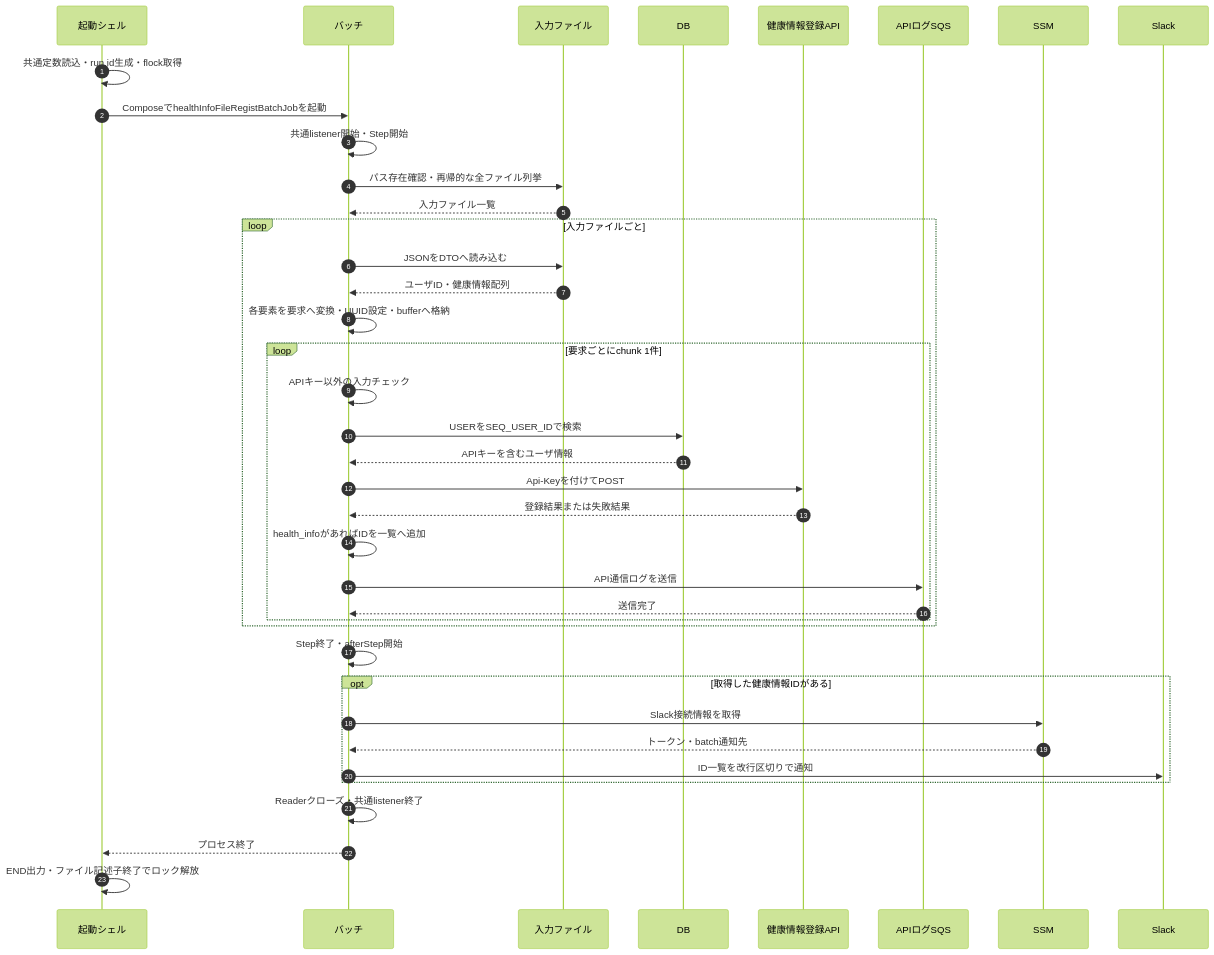
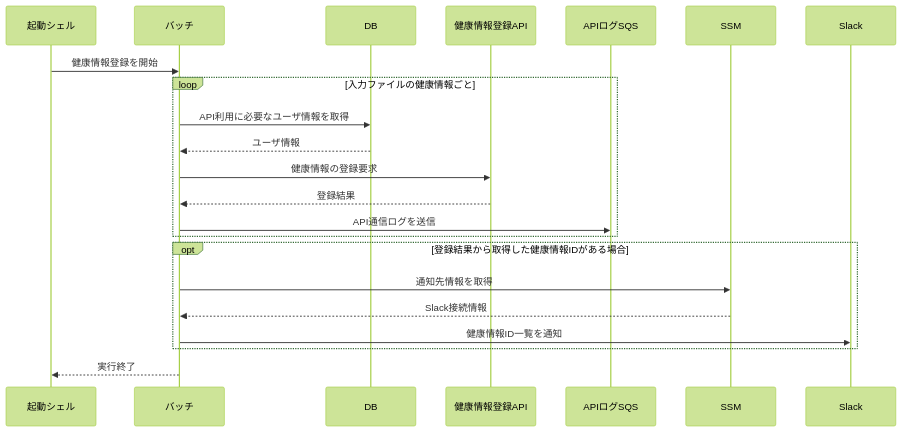
One commit to kohei-okazaki/work-3g changed the first of 2 diagrams in ha-docs/design/03_batch/設計書_3.0.健康情報登録バッチ.md. Above: the diagram before and after it, drawn with Mermaid (forest theme). The commit also changed other lines of this file and 67 other files, not shown here.

````diff
--- a/ha-docs/design/03_batch/設計書_3.0.健康情報登録バッチ.md
+++ b/ha-docs/design/03_batch/設計書_3.0.健康情報登録バッチ.md
@@ -49,41 +12,24 @@
 ```mermaid
 sequenceDiagram
-    autonumber
     participant S as 起動シェル
     participant B as バッチ
-    participant F as 入力ファイル
     participant D as DB
     participant A as 健康情報登録API
     participant Q as APIログSQS
     participant P as SSM
     participant N as Slack
-    S->>S: 共通定数読込・run.id生成・flock取得
-    S->>B: ComposeでhealthInfoFileRegistBatchJobを起動
-    B->>B: 共通listener開始・Step開始
-    B->>F: パス存在確認・再帰的な全ファイル列挙
-    F-->>B: 入力ファイル一覧
-    loop 入力ファイルごと
-        B->>F: JSONをDTOへ読み込む
-        F-->>B: ユーザID・健康情報配列
-        B->>B: 各要素を要求へ変換・UUID設定・bufferへ格納
-        loop 要求ごとにchunk 1件
-            B->>B: APIキー以外の入力チェック
-            B->>D: USERをSEQ_USER_IDで検索
-            D-->>B: APIキーを含むユーザ情報
-            B->>A: Api-Keyを付けてPOST
-            A-->>B: 登録結果または失敗結果
-            B->>B: health_infoがあればIDを一覧へ追加
-            B->>Q: API通信ログを送信
-            Q-->>B: 送信完了
-        end
+    S->>B: 健康情報登録を開始
+    loop 入力ファイルの健康情報ごと
+        B->>D: API利用に必要なユーザ情報を取得
+        D-->>B: ユーザ情報
+        B->>A: 健康情報の登録要求
+        A-->>B: 登録結果
+        B->>Q: API通信ログを送信
     end
-    B->>B: Step終了・afterStep開始
-    opt 取得した健康情報IDがある
-        B->>P: Slack接続情報を取得
-        P-->>B: トークン・batch通知先
-        B->>N: ID一覧を改行区切りで通知
+    opt 登録結果から取得した健康情報IDがある場合
+        B->>P: 通知先情報を取得
+        P-->>B: Slack接続情報
+        B->>N: 健康情報ID一覧を通知
     end
-    B->>B: Readerクローズ・共通listener終了
-    B-->>S: プロセス終了
-    S->>S: END出力・ファイル記述子終了でロック解放
+    B-->>S: 実行終了
 ```
````
